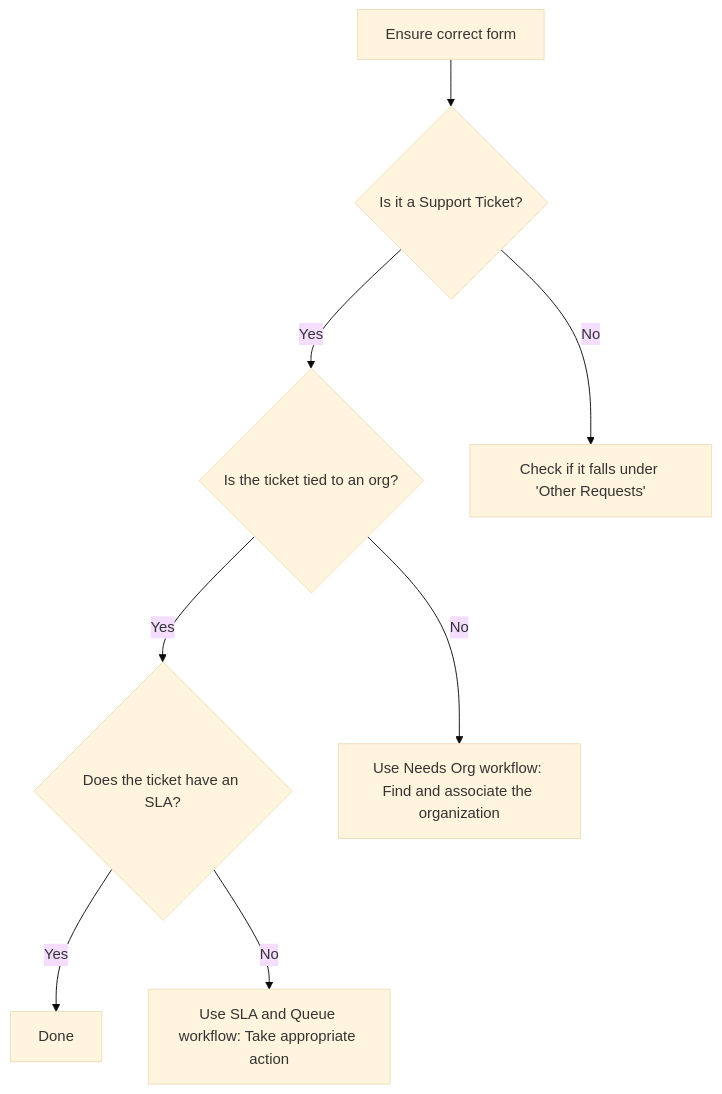
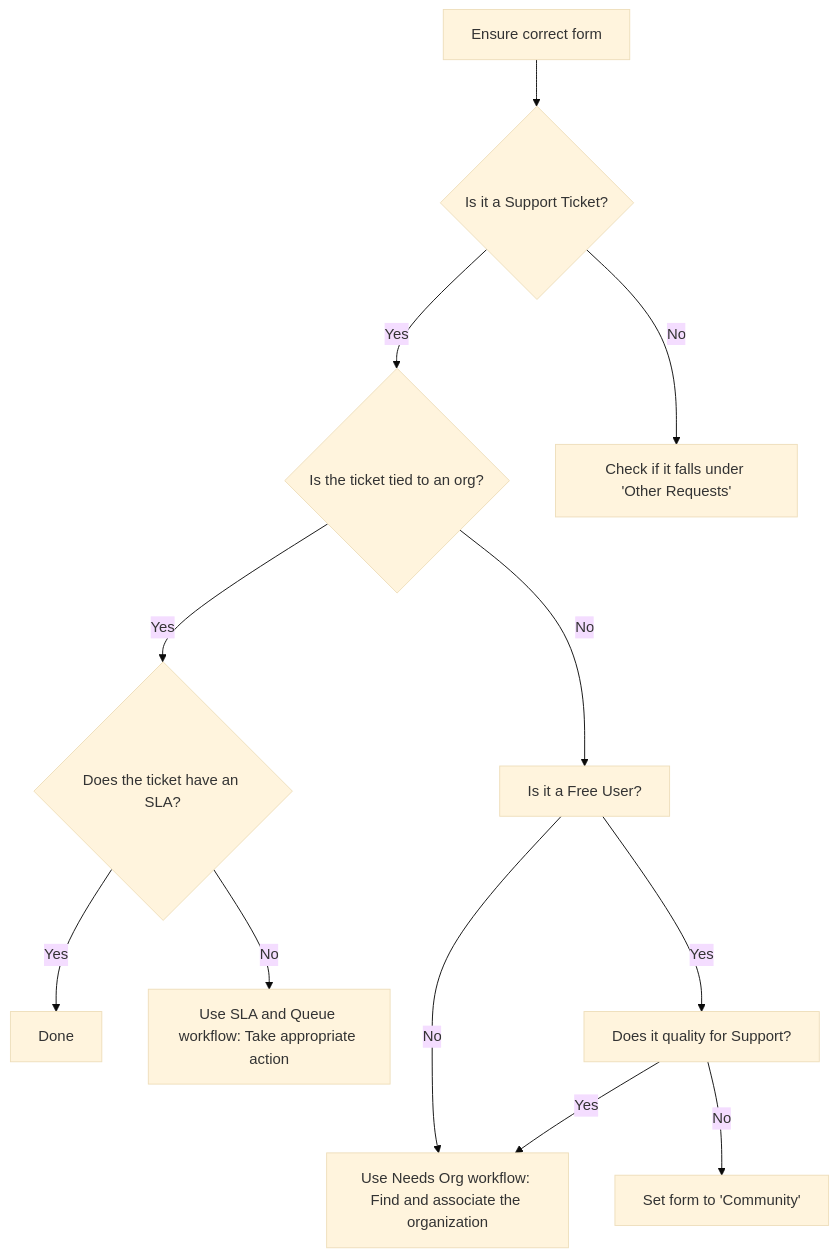
The diagram in support/workflows/ticket_triage.html.md (secretstartups/handbook), drawn with Mermaid (base theme) before and after one commit.

Commit message:
Add free user to mermaid chart

````diff
--- a/support/workflows/ticket_triage.html.md
+++ b/support/workflows/ticket_triage.html.md
@@ -22,10 +22,14 @@
 ```mermaid
 graph TD
     G[Ensure correct form] --> A{Is it a Support Ticket?}
     A -->|Yes| B{Is the ticket tied to an org?}
     A -->|No| H[Check if it falls under 'Other Requests']
     B -->|Yes| D{Does the ticket have an SLA?}
-    B -->|No| E[Use Needs Org workflow: Find and associate the organization]
+    B -->|No| J[Is it a Free User?]
     D -->|Yes| C[Done]
     D -->|No| F[Use SLA and Queue workflow: Take appropriate action]
+    J --> |No| E[Use Needs Org workflow: Find and associate the organization]
+    J --> |Yes| I[Does it quality for Support?]
+    I --> |No| K[Set form to 'Community']
+    I --> |Yes| E
 ```
````
